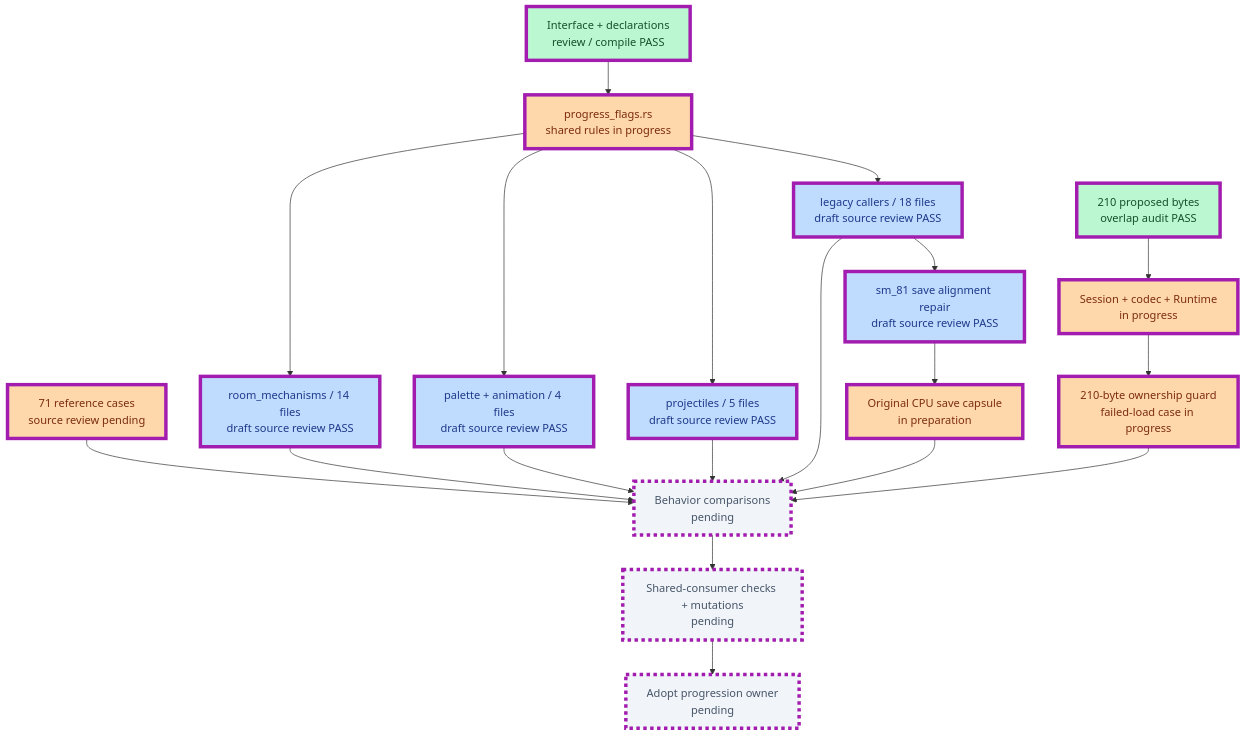
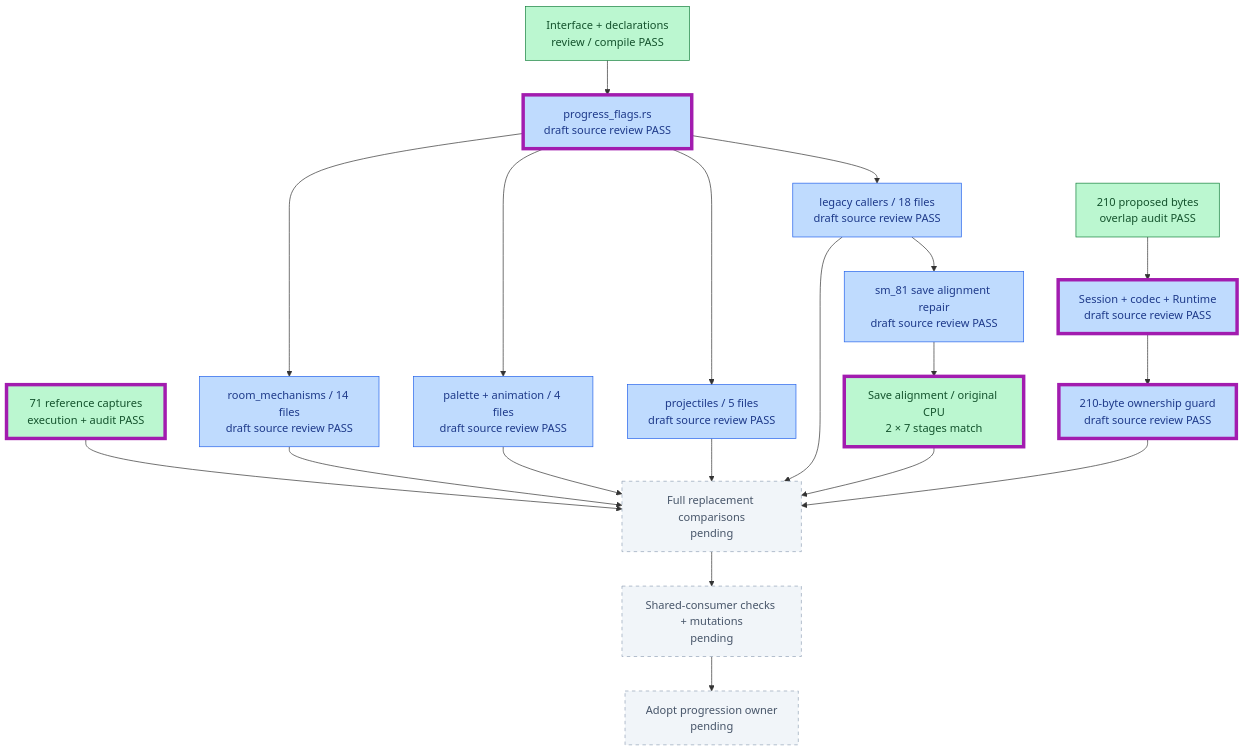
Before and after one commit to JimLundin/sm-decomp: the second of 18 diagrams in PROGRESS.md, drawn with Mermaid. The commit also changed 1 other file, not shown here.

Commit message:
Record flag references and CPU-qualified save alignment repair [skip ci]
Docs only:71referencecases and2CPUcaptures independently audited. Alignment-only candidate matches2x7RAM/SRAMstages; full flags adoption still pending. Static diff/progress checks pass; production unchanged.

````diff
--- a/PROGRESS.md
+++ b/PROGRESS.md
@@ -26,29 +26,29 @@
 ```mermaid
 flowchart TB
     FCONTRACT["Interface + declarations<br/>review / compile PASS"]:::done
     FUNION["210 proposed bytes<br/>overlap audit PASS"]:::done
-    FCONTRACT --> FCORE["progress_flags.rs<br/>shared rules in progress"]:::active
-    FUNION --> FCODEC["Session + codec + Runtime<br/>in progress"]:::active
+    FCONTRACT --> FCORE["progress_flags.rs<br/>draft source review PASS"]:::draft
+    FUNION --> FCODEC["Session + codec + Runtime<br/>draft source review PASS"]:::draft
     FCORE --> FPLM["room_mechanisms / 14 files<br/>draft source review PASS"]:::draft
     FCORE --> FVIS["palette + animation / 4 files<br/>draft source review PASS"]:::draft
     FCORE --> FEPR["projectiles / 5 files<br/>draft source review PASS"]:::draft
     FCORE --> FLEG["legacy callers / 18 files<br/>draft source review PASS"]:::draft
     FLEG --> FSAVE["sm_81 save alignment repair<br/>draft source review PASS"]:::draft
-    FSAVE --> FCPU["Original CPU save capsule<br/>in preparation"]:::active
-    FCODEC --> FGUARD["210-byte ownership guard<br/>failed-load case in progress"]:::active
-    FBASE["71 reference cases<br/>source review pending"]:::active --> FCHECK["Behavior comparisons<br/>pending"]:::pending
+    FSAVE --> FCPU["Save alignment / original CPU<br/>2 × 7 stages match"]:::done
+    FCODEC --> FGUARD["210-byte ownership guard<br/>draft source review PASS"]:::draft
+    FBASE["71 reference captures<br/>execution + audit PASS"]:::done --> FCHECK["Full replacement comparisons<br/>pending"]:::pending
     FPLM --> FCHECK
     FVIS --> FCHECK
     FEPR --> FCHECK
     FLEG --> FCHECK
     FCPU --> FCHECK
     FGUARD --> FCHECK
     FCHECK --> FMUT["Shared-consumer checks + mutations<br/>pending"]:::pending
     FMUT --> FADOPT["Adopt progression owner<br/>pending"]:::pending
-    class FCONTRACT,FUNION,FCORE,FCODEC,FPLM,FVIS,FEPR,FLEG,FSAVE,FCPU,FGUARD,FBASE,FCHECK,FMUT,FADOPT changed
+    class FCORE,FCODEC,FCPU,FGUARD,FBASE changed
     classDef done fill:#bbf7d0,stroke:#15803d,color:#14532d
     classDef draft fill:#bfdbfe,stroke:#2563eb,color:#1e3a8a
     classDef active fill:#fed7aa,stroke:#ea580c,color:#7c2d12
     classDef pending fill:#f1f5f9,stroke:#94a3b8,color:#475569,stroke-dasharray:5 5
     classDef changed stroke:#a21caf,stroke-width:5px
 ```
````
